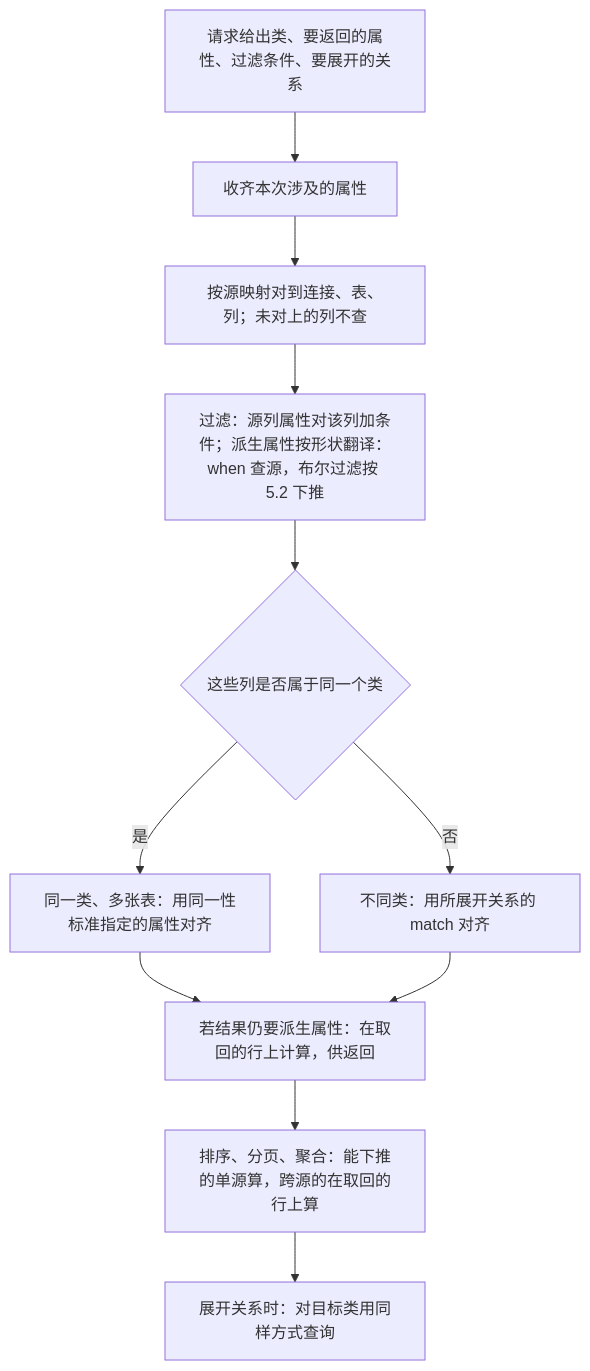
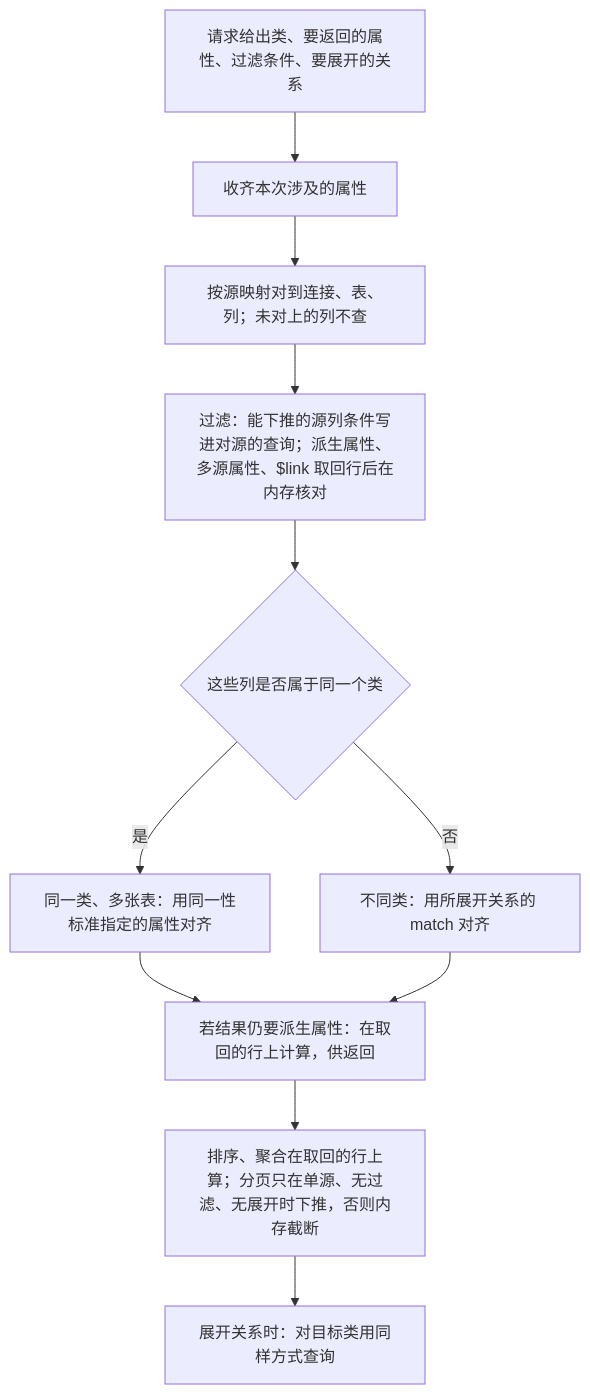
The seventh of 8 diagrams in docs/ontos-article.md (majiang213/Ontos), drawn with Mermaid before and after one commit. The commit also changed other lines of this file and 50 other files, not shown here.

````diff
--- a/docs/ontos-article.md
+++ b/docs/ontos-article.md
@@ -662,13 +662,13 @@
 ```mermaid
 flowchart TD
     Q["请求给出类、要返回的属性、过滤条件、要展开的关系"] --> N["收齐本次涉及的属性"]
     N --> M["按源映射对到连接、表、列；未对上的列不查"]
-    M --> W["过滤：源列属性对该列加条件；派生属性按形状翻译：when 查源，布尔过滤按 5.2 下推"]
+    M --> W["过滤：能下推的源列条件写进对源的查询；派生属性、多源属性、$link 取回行后在内存核对"]
     W --> C{"这些列是否属于同一个类"}
     C -->|是| J1["同一类、多张表：用同一性标准指定的属性对齐"]
     C -->|否| J2["不同类：用所展开关系的 match 对齐"]
     J1 --> D["若结果仍要派生属性：在取回的行上计算，供返回"]
     J2 --> D
-    D --> O["排序、分页、聚合：能下推的单源算，跨源的在取回的行上算"]
+    D --> O["排序、聚合在取回的行上算；分页只在单源、无过滤、无展开时下推，否则内存截断"]
     O --> R["展开关系时：对目标类用同样方式查询"]
 ```
````
